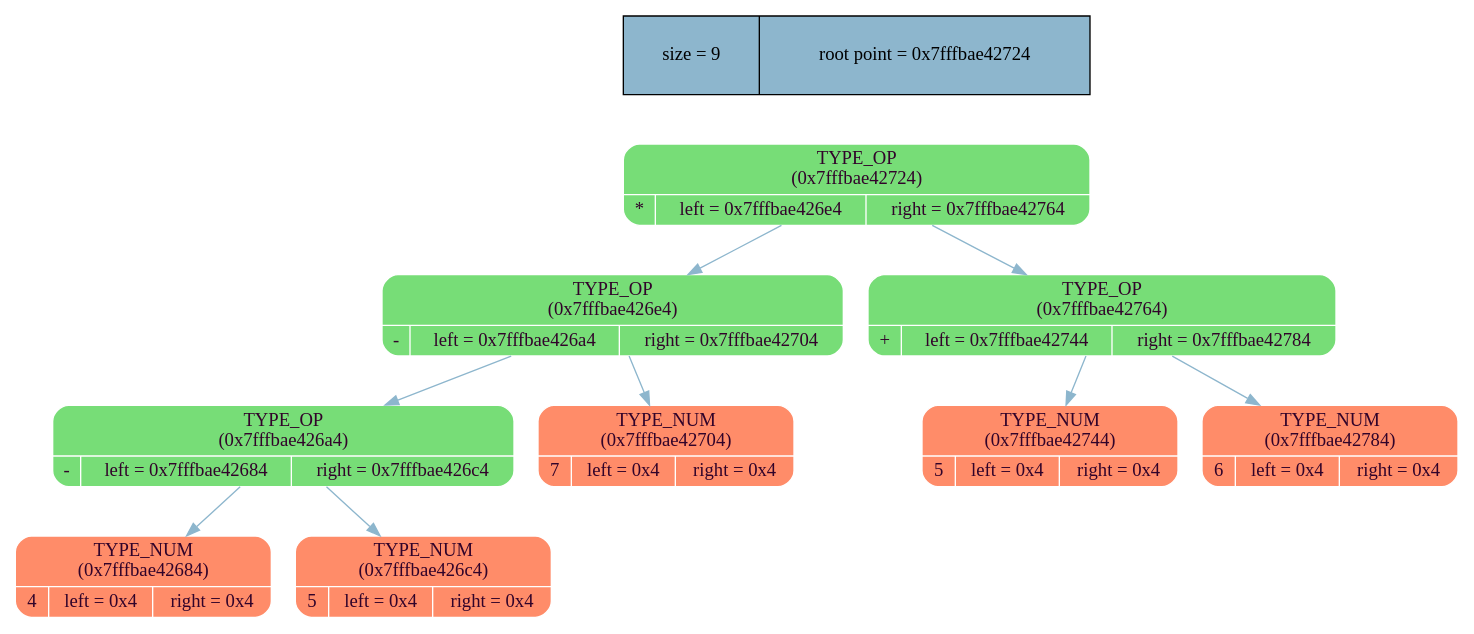
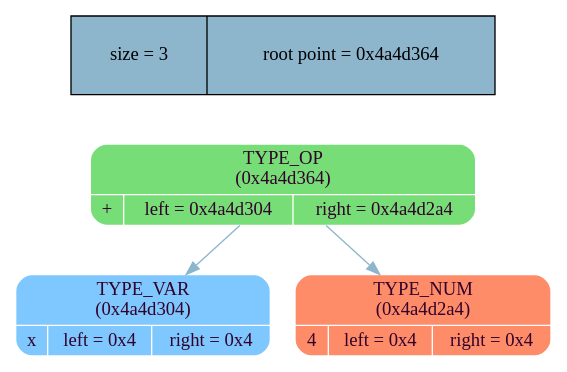
The diagram in dump_info/tree_dump.dot (MaxGroshev/differentiator), drawn with Graphviz before and after one commit. The commit also changed 23 other files, not shown here.

```diff
--- a/dump_info/tree_dump.dot
+++ b/dump_info/tree_dump.dot
@@ -1,26 +1,14 @@
 digraph   
 {
 rankdir = ""
 splines = "true"
 
-node_stat [margin = "0.3*0.3", style = "filled", shape = "record", fillcolor = "#8DB6CD" label = " size = 9 | root point = 0x7fffbae42724"]
+node_stat [margin = "0.3*0.3", style = "filled", shape = "record", fillcolor = "#8DB6CD" label = " size = 3 | root point = 0x4a4d364"]
 {rank = source; node_stat}
 
-node0x7fffbae42724 [shape = "Mrecord", fillcolor = "#77DD77", style = "filled", fontcolor = "#31032A", fontname = "Calibri", color = "white", label = "{TYPE_OP\n (0x7fffbae42724)| {* |left = 0x7fffbae426e4 |right = 0x7fffbae42764}}"]
-node0x7fffbae42724 -> node0x7fffbae426e4 [color = "#8DB6CD", style = "", constraint = true, fillcolor = "#8DB6CD",   fontcolor = "", fontname = "Calibri", label = ""];
-node0x7fffbae426e4 [shape = "Mrecord", fillcolor = "#77DD77", style = "filled", fontcolor = "#31032A", fontname = "Calibri", color = "white", label = "{TYPE_OP\n (0x7fffbae426e4)| {- |left = 0x7fffbae426a4 |right = 0x7fffbae42704}}"]
-node0x7fffbae426e4 -> node0x7fffbae426a4 [color = "#8DB6CD", style = "", constraint = true, fillcolor = "#8DB6CD",   fontcolor = "", fontname = "Calibri", label = ""];
-node0x7fffbae426a4 [shape = "Mrecord", fillcolor = "#77DD77", style = "filled", fontcolor = "#31032A", fontname = "Calibri", color = "white", label = "{TYPE_OP\n (0x7fffbae426a4)| {- |left = 0x7fffbae42684 |right = 0x7fffbae426c4}}"]
-node0x7fffbae426a4 -> node0x7fffbae42684 [color = "#8DB6CD", style = "", constraint = true, fillcolor = "#8DB6CD",   fontcolor = "", fontname = "Calibri", label = ""];
-node0x7fffbae42684 [shape = "Mrecord", fillcolor = "#FF8C69", style = "filled", fontcolor = "#31032A", fontname = "Calibri", color = "white", label = "{TYPE_NUM\n (0x7fffbae42684)| {4 |left = 0x4 |right = 0x4}}"]
-node0x7fffbae426a4 -> node0x7fffbae426c4 [color = "#8DB6CD", style = "", constraint = true, fillcolor = "#8DB6CD",   fontcolor = "", fontname = "Calibri", label = ""];
-node0x7fffbae426c4 [shape = "Mrecord", fillcolor = "#FF8C69", style = "filled", fontcolor = "#31032A", fontname = "Calibri", color = "white", label = "{TYPE_NUM\n (0x7fffbae426c4)| {5 |left = 0x4 |right = 0x4}}"]
-node0x7fffbae426e4 -> node0x7fffbae42704 [color = "#8DB6CD", style = "", constraint = true, fillcolor = "#8DB6CD",   fontcolor = "", fontname = "Calibri", label = ""];
-node0x7fffbae42704 [shape = "Mrecord", fillcolor = "#FF8C69", style = "filled", fontcolor = "#31032A", fontname = "Calibri", color = "white", label = "{TYPE_NUM\n (0x7fffbae42704)| {7 |left = 0x4 |right = 0x4}}"]
-node0x7fffbae42724 -> node0x7fffbae42764 [color = "#8DB6CD", style = "", constraint = true, fillcolor = "#8DB6CD",   fontcolor = "", fontname = "Calibri", label = ""];
-node0x7fffbae42764 [shape = "Mrecord", fillcolor = "#77DD77", style = "filled", fontcolor = "#31032A", fontname = "Calibri", color = "white", label = "{TYPE_OP\n (0x7fffbae42764)| {+ |left = 0x7fffbae42744 |right = 0x7fffbae42784}}"]
-node0x7fffbae42764 -> node0x7fffbae42744 [color = "#8DB6CD", style = "", constraint = true, fillcolor = "#8DB6CD",   fontcolor = "", fontname = "Calibri", label = ""];
-node0x7fffbae42744 [shape = "Mrecord", fillcolor = "#FF8C69", style = "filled", fontcolor = "#31032A", fontname = "Calibri", color = "white", label = "{TYPE_NUM\n (0x7fffbae42744)| {5 |left = 0x4 |right = 0x4}}"]
-node0x7fffbae42764 -> node0x7fffbae42784 [color = "#8DB6CD", style = "", constraint = true, fillcolor = "#8DB6CD",   fontcolor = "", fontname = "Calibri", label = ""];
-node0x7fffbae42784 [shape = "Mrecord", fillcolor = "#FF8C69", style = "filled", fontcolor = "#31032A", fontname = "Calibri", color = "white", label = "{TYPE_NUM\n (0x7fffbae42784)| {6 |left = 0x4 |right = 0x4}}"]
+node0x4a4d364 [shape = "Mrecord", fillcolor = "#77DD77", style = "filled", fontcolor = "#31032A", fontname = "Calibri", color = "white", label = "{TYPE_OP\n (0x4a4d364)| {+ |left = 0x4a4d304 |right = 0x4a4d2a4}}"]
+node0x4a4d364 -> node0x4a4d304 [color = "#8DB6CD", style = "", constraint = true, fillcolor = "#8DB6CD",   fontcolor = "", fontname = "Calibri", label = ""];
+node0x4a4d304 [shape = "Mrecord", fillcolor = "#7FC7FF", style = "filled", fontcolor = "#31032A", fontname = "Calibri", color = "white", label = "{TYPE_VAR\n (0x4a4d304)| {x |left = 0x4 |right = 0x4}}"]
+node0x4a4d364 -> node0x4a4d2a4 [color = "#8DB6CD", style = "", constraint = true, fillcolor = "#8DB6CD",   fontcolor = "", fontname = "Calibri", label = ""];
+node0x4a4d2a4 [shape = "Mrecord", fillcolor = "#FF8C69", style = "filled", fontcolor = "#31032A", fontname = "Calibri", color = "white", label = "{TYPE_NUM\n (0x4a4d2a4)| {4 |left = 0x4 |right = 0x4}}"]
 }
```
